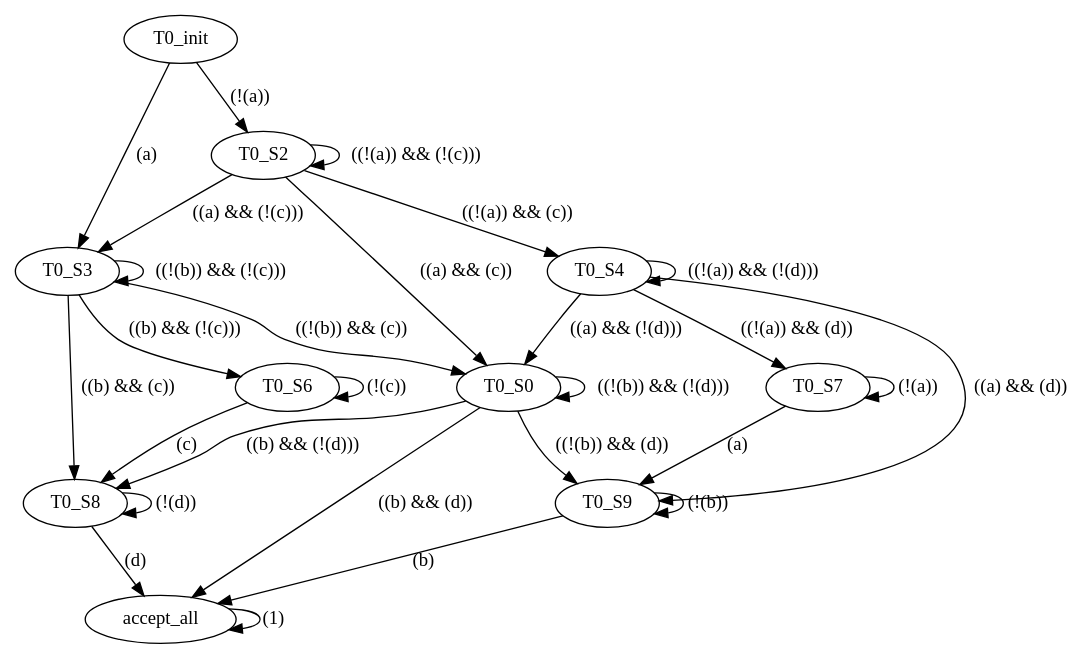
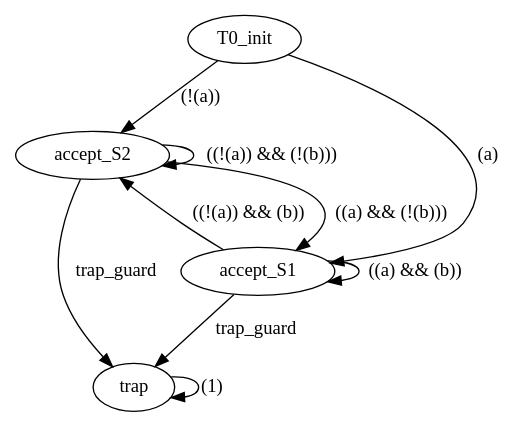
The diagram in docker/dirs-to-copy/tl_utils/sandbox/figures/g.dot (xli4217/cbf_learning_feasibility), drawn with Graphviz before and after one commit. The commit also changed 8 other files, not shown here.

```diff
--- a/docker/dirs-to-copy/tl_utils/sandbox/figures/g.dot
+++ b/docker/dirs-to-copy/tl_utils/sandbox/figures/g.dot
@@ -1,39 +1,15 @@
 digraph "" {
+accept_S2;
 T0_init;
-T0_S3;
-T0_S2;
-T0_S0;
-T0_S7;
-T0_S6;
-accept_all;
-T0_S4;
-T0_S9;
-T0_S8;
-T0_init -> T0_S3  [guard="(a)", input="set([1, 3, 5, 7, 9, 11, 13, 15])", key=0, label="(a)", weight=0];
-T0_init -> T0_S2  [guard="(!(a))", input="set([0, 2, 4, 6, 8, 10, 12, 14])", key=0, label="(!(a))", weight=0];
-T0_S3 -> T0_S3  [guard="((!(b)) && (!(c)))", input="set([0, 1, 8, 9])", key=0, label="((!(b)) && (!(c)))", weight=0];
-T0_S3 -> T0_S0  [guard="((!(b)) && (c))", input="set([11, 2, 3, 10])", key=0, label="((!(b)) && (c))", weight=0];
-T0_S3 -> T0_S6  [guard="((b) && (!(c)))", input="set([12, 4, 5, 13])", key=0, label="((b) && (!(c)))", weight=0];
-T0_S3 -> T0_S8  [guard="((b) && (c))", input="set([15, 14, 6, 7])", key=0, label="((b) && (c))", weight=0];
-T0_S2 -> T0_S3  [guard="((a) && (!(c)))", input="set([1, 13, 5, 9])", key=0, label="((a) && (!(c)))", weight=0];
-T0_S2 -> T0_S2  [guard="((!(a)) && (!(c)))", input="set([0, 8, 4, 12])", key=0, label="((!(a)) && (!(c)))", weight=0];
-T0_S2 -> T0_S0  [guard="((a) && (c))", input="set([11, 15, 3, 7])", key=0, label="((a) && (c))", weight=0];
-T0_S2 -> T0_S4  [guard="((!(a)) && (c))", input="set([2, 14, 10, 6])", key=0, label="((!(a)) && (c))", weight=0];
-T0_S0 -> T0_S9  [guard="((!(b)) && (d))", input="set([8, 9, 10, 11])", key=0, label="((!(b)) && (d))", weight=0];
-T0_S0 -> T0_S0  [guard="((!(b)) && (!(d)))", input="set([0, 1, 2, 3])", key=0, label="((!(b)) && (!(d)))", weight=0];
-T0_S0 -> T0_S8  [guard="((b) && (!(d)))", input="set([4, 5, 6, 7])", key=0, label="((b) && (!(d)))", weight=0];
-T0_S0 -> accept_all  [guard="((b) && (d))", input="set([12, 13, 14, 15])", key=0, label="((b) && (d))", weight=0];
-T0_S7 -> T0_S9  [guard="(a)", input="set([1, 3, 5, 7, 9, 11, 13, 15])", key=0, label="(a)", weight=0];
-T0_S7 -> T0_S7  [guard="(!(a))", input="set([0, 2, 4, 6, 8, 10, 12, 14])", key=0, label="(!(a))", weight=0];
-T0_S6 -> T0_S8  [guard="(c)", input="set([2, 3, 6, 7, 10, 11, 14, 15])", key=0, label="(c)", weight=0];
-T0_S6 -> T0_S6  [guard="(!(c))", input="set([0, 1, 4, 5, 8, 9, 12, 13])", key=0, label="(!(c))", weight=0];
-accept_all -> accept_all  [guard="(1)", input="set([0, 1, 2, 3, 4, 5, 6, 7, 8, 9, 10, 11, 12, 13, 14, 15])", key=0, label="(1)", weight=0];
-T0_S4 -> T0_S9  [guard="((a) && (d))", input="set([9, 11, 13, 15])", key=0, label="((a) && (d))", weight=0];
-T0_S4 -> T0_S0  [guard="((a) && (!(d)))", input="set([1, 3, 5, 7])", key=0, label="((a) && (!(d)))", weight=0];
-T0_S4 -> T0_S7  [guard="((!(a)) && (d))", input="set([8, 10, 12, 14])", key=0, label="((!(a)) && (d))", weight=0];
-T0_S4 -> T0_S4  [guard="((!(a)) && (!(d)))", input="set([0, 2, 4, 6])", key=0, label="((!(a)) && (!(d)))", weight=0];
-T0_S9 -> T0_S9  [guard="(!(b))", input="set([0, 1, 2, 3, 8, 9, 10, 11])", key=0, label="(!(b))", weight=0];
-T0_S9 -> accept_all  [guard="(b)", input="set([4, 5, 6, 7, 12, 13, 14, 15])", key=0, label="(b)", weight=0];
-T0_S8 -> T0_S8  [guard="(!(d))", input="set([0, 1, 2, 3, 4, 5, 6, 7])", key=0, label="(!(d))", weight=0];
-T0_S8 -> accept_all  [guard="(d)", input="set([8, 9, 10, 11, 12, 13, 14, 15])", key=0, label="(d)", weight=0];
+accept_S1;
+trap;
+accept_S2 -> accept_S2  [guard="((!(a)) && (!(b)))", input="set([0])", key=0, label="((!(a)) && (!(b)))", weight=0];
+accept_S2 -> accept_S1  [guard="((a) && (!(b)))", input="set([1])", key=0, label="((a) && (!(b)))", weight=0];
+accept_S2 -> trap  [guard=trap_guard, input="set([2, 3])", key=0, label=trap_guard, weight=0];
+T0_init -> accept_S2  [guard="(!(a))", input="set([0, 2])", key=0, label="(!(a))", weight=0];
+T0_init -> accept_S1  [guard="(a)", input="set([1, 3])", key=0, label="(a)", weight=0];
+accept_S1 -> accept_S2  [guard="((!(a)) && (b))", input="set([2])", key=0, label="((!(a)) && (b))", weight=0];
+accept_S1 -> accept_S1  [guard="((a) && (b))", input="set([3])", key=0, label="((a) && (b))", weight=0];
+accept_S1 -> trap  [guard=trap_guard, input="set([0, 1])", key=0, label=trap_guard, weight=0];
+trap -> trap  [guard="(1)", input="set([0, 1, 2, 3])", key=0, label="(1)", weight=0];
 }
```
